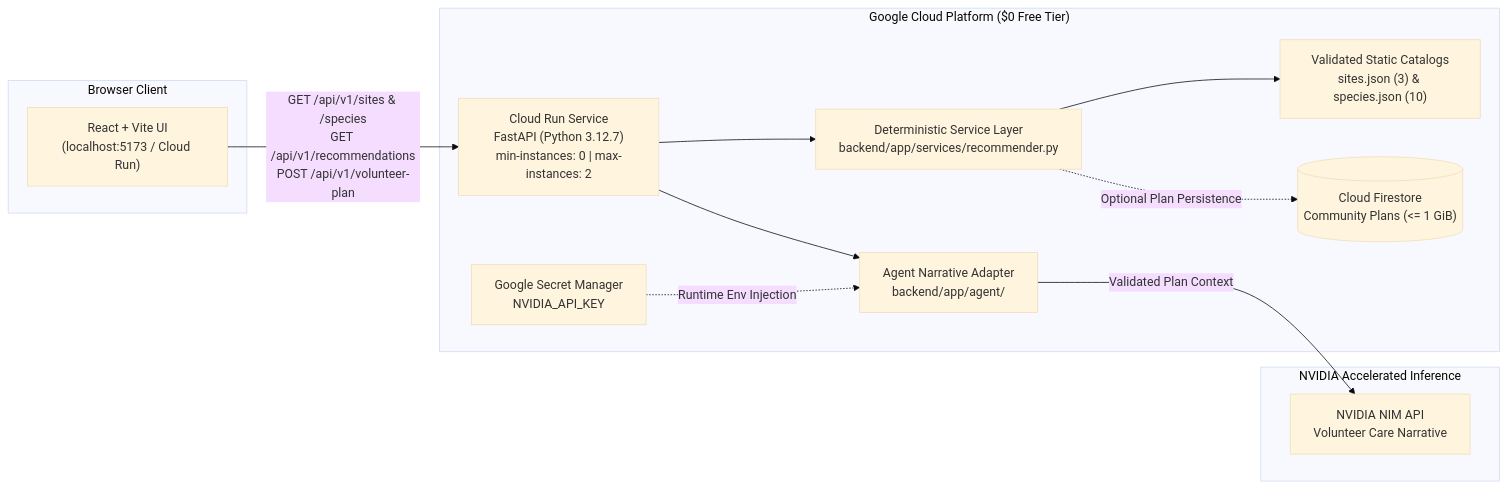
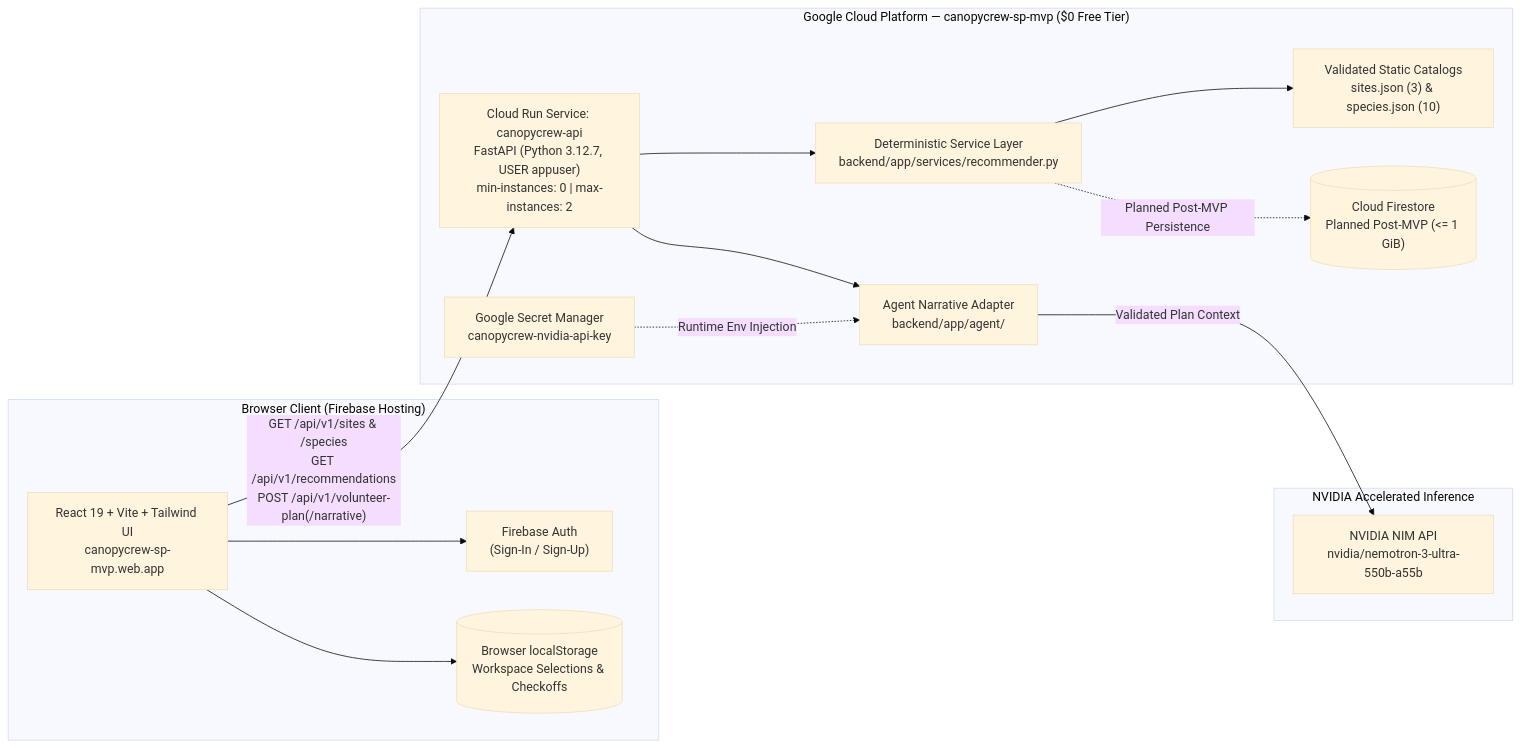
Before and after one commit to Ndanu-Nzuki/CanopyCrew: the diagram in docs/ARCHITECTURE.md, drawn with Mermaid (base theme). The commit also changed other lines of this file and 3 other files, not shown here.

First line of the commit message:
docs(docs): sync architecture, schema, and security docs with live mvp

````diff
--- a/docs/ARCHITECTURE.md
+++ b/docs/ARCHITECTURE.md
@@ -41,27 +42,31 @@
 ```mermaid
 flowchart LR
-    subgraph Client["Browser Client"]
-        UI["React + Vite UI<br/>(localhost:5173 / Cloud Run)"]
+    subgraph Client["Browser Client (Firebase Hosting)"]
+        UI["React 19 + Vite + Tailwind UI<br/>canopycrew-sp-mvp.web.app"]
+        FA["Firebase Auth<br/>(Sign-In / Sign-Up)"]
+        LS[("Browser localStorage<br/>Workspace Selections & Checkoffs")]
     end
 
-    subgraph GCP["Google Cloud Platform ($0 Free Tier)"]
-        CR["Cloud Run Service<br/>FastAPI (Python 3.12.7)<br/>min-instances: 0 | max-instances: 2"]
+    subgraph GCP["Google Cloud Platform — canopycrew-sp-mvp ($0 Free Tier)"]
+        CR["Cloud Run Service: canopycrew-api<br/>FastAPI (Python 3.12.7, USER appuser)<br/>min-instances: 0 | max-instances: 2"]
         DET["Deterministic Service Layer<br/>backend/app/services/recommender.py"]
         DATA["Validated Static Catalogs<br/>sites.json (3) & species.json (10)"]
         AGENT["Agent Narrative Adapter<br/>backend/app/agent/"]
-        FS[("Cloud Firestore<br/>Community Plans (<= 1 GiB)")]
-        GSM["Google Secret Manager<br/>NVIDIA_API_KEY"]
+        FS[("Cloud Firestore<br/>Planned Post-MVP (<= 1 GiB)")]
+        GSM["Google Secret Manager<br/>canopycrew-nvidia-api-key"]
     end
 
     subgraph NVIDIA["NVIDIA Accelerated Inference"]
-        NIM["NVIDIA NIM API<br/>Volunteer Care Narrative"]
+        NIM["NVIDIA NIM API<br/>nvidia/nemotron-3-ultra-550b-a55b"]
     end
 
-    UI -->|"GET /api/v1/sites & /species<br/>GET /api/v1/recommendations<br/>POST /api/v1/volunteer-plan"| CR
+    UI --> FA
+    UI --> LS
+    UI -->|"GET /api/v1/sites & /species<br/>GET /api/v1/recommendations<br/>POST /api/v1/volunteer-plan(/narrative)"| CR
     CR --> DET
     DET --> DATA
-    DET -.->|"Optional Plan Persistence"| FS
+    DET -.->|"Planned Post-MVP Persistence"| FS
     CR --> AGENT
     GSM -.->|"Runtime Env Injection"| AGENT
     AGENT -->|"Validated Plan Context"| NIM
 ```
````
